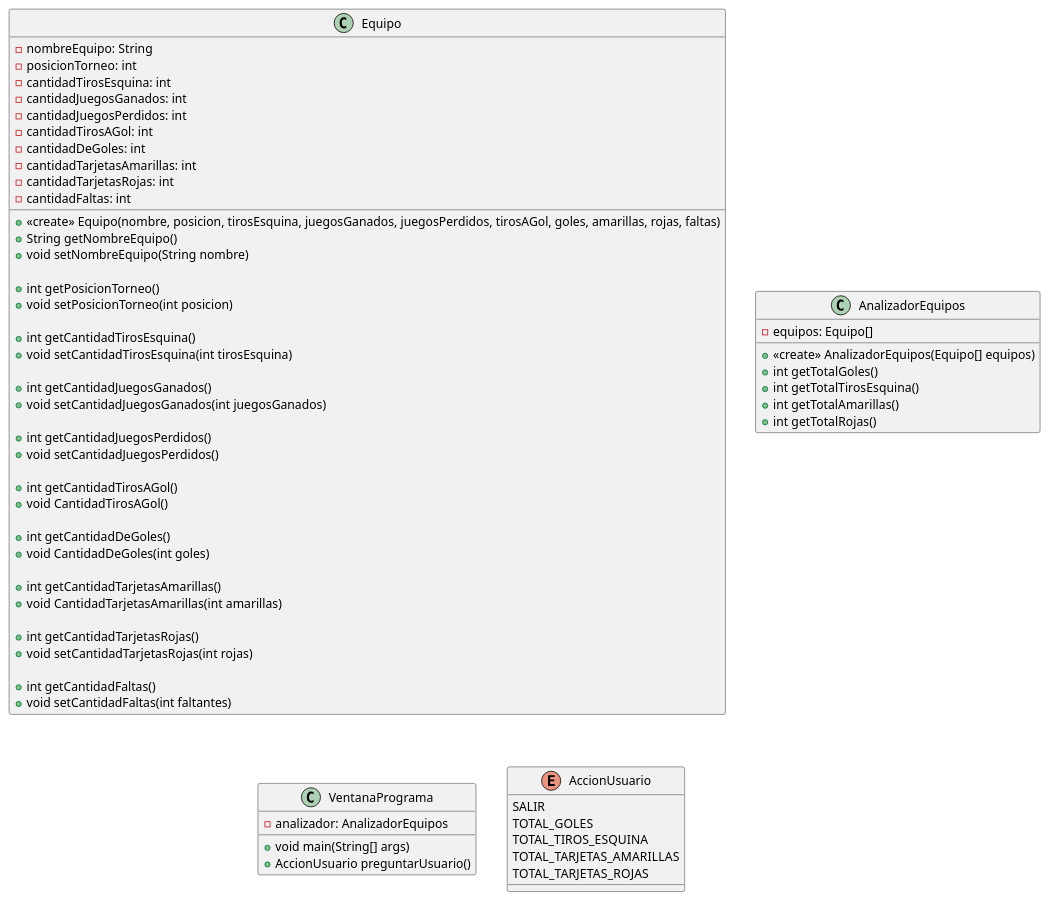
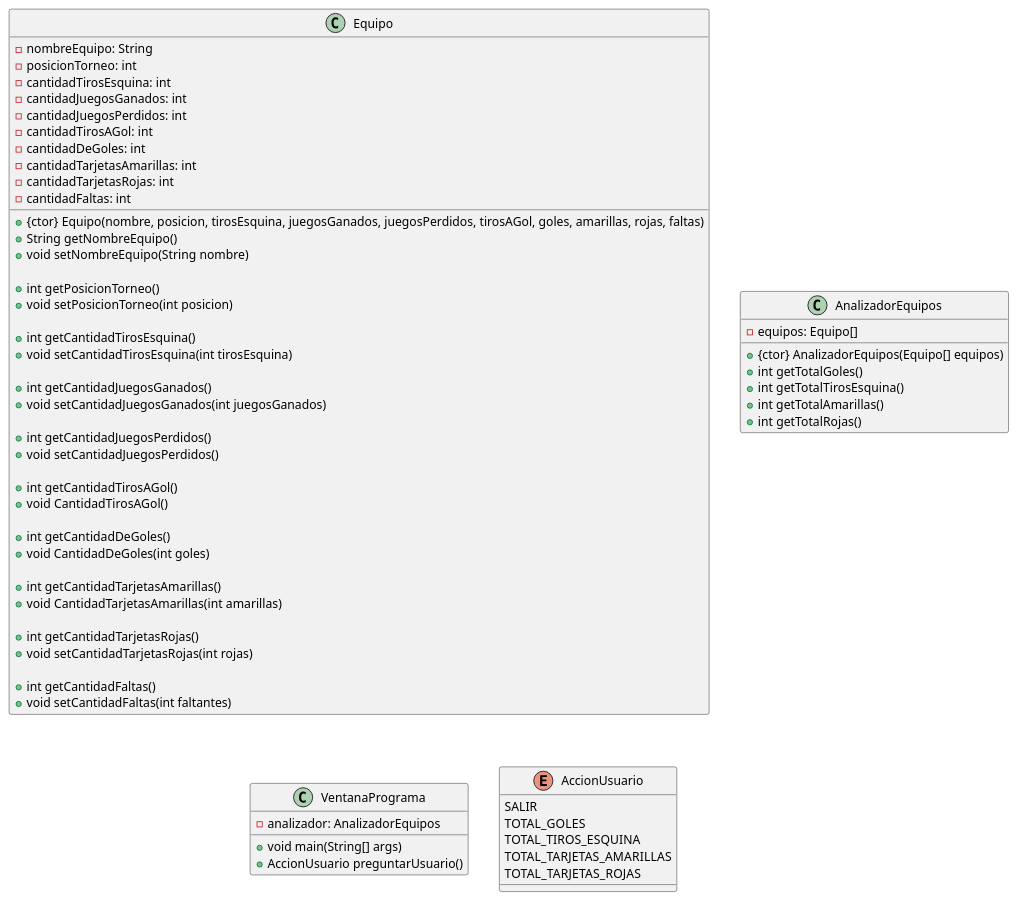
The diagram in del 2.puml (ElrohirGT/plantuml_parser), drawn with PlantUML before and after one commit.

Commit message:
Updated the test uml

```diff
--- a/del 2.puml
+++ b/del 2.puml
@@ -1,72 +1,72 @@
 @startuml
 
 ' MODELO
 class Equipo {
     - nombreEquipo: String
     - posicionTorneo: int
     - cantidadTirosEsquina: int
     - cantidadJuegosGanados: int
     - cantidadJuegosPerdidos: int 
     - cantidadTirosAGol: int
     - cantidadDeGoles: int
     - cantidadTarjetasAmarillas: int
     - cantidadTarjetasRojas: int
     - cantidadFaltas: int
 
-    +<<create>> Equipo(nombre, posicion, tirosEsquina, juegosGanados, juegosPerdidos, tirosAGol, goles, amarillas, rojas, faltas)
+    + {ctor} Equipo(nombre, posicion, tirosEsquina, juegosGanados, juegosPerdidos, tirosAGol, goles, amarillas, rojas, faltas)
     + String getNombreEquipo()
     + void setNombreEquipo(String nombre)
     
     + int getPosicionTorneo()
     + void setPosicionTorneo(int posicion)
     
     + int getCantidadTirosEsquina()
     + void setCantidadTirosEsquina(int tirosEsquina)
     
     + int getCantidadJuegosGanados()
     + void setCantidadJuegosGanados(int juegosGanados)
     
     + int getCantidadJuegosPerdidos()
     + void setCantidadJuegosPerdidos()
 
     + int getCantidadTirosAGol()
     + void CantidadTirosAGol()
     
     + int getCantidadDeGoles()
     + void CantidadDeGoles(int goles)
     
     + int getCantidadTarjetasAmarillas()
     + void CantidadTarjetasAmarillas(int amarillas)
     
     + int getCantidadTarjetasRojas()
     + void setCantidadTarjetasRojas(int rojas)
     
     + int getCantidadFaltas()
     + void setCantidadFaltas(int faltantes)
 }
 
 class AnalizadorEquipos {
     - equipos: Equipo[]
-    + <<create>> AnalizadorEquipos(Equipo[] equipos)
+    + {ctor} AnalizadorEquipos(Equipo[] equipos)
     + int getTotalGoles()
     + int getTotalTirosEsquina()
     + int getTotalAmarillas()
     + int getTotalRojas()
 }
 
 ' VISTA
 class VentanaPrograma {
     - analizador: AnalizadorEquipos
     + void main(String[] args)
     + AccionUsuario preguntarUsuario()
 }
 
 enum AccionUsuario {
     SALIR
     TOTAL_GOLES
     TOTAL_TIROS_ESQUINA
     TOTAL_TARJETAS_AMARILLAS
     TOTAL_TARJETAS_ROJAS
 }
 
 @enduml
```
